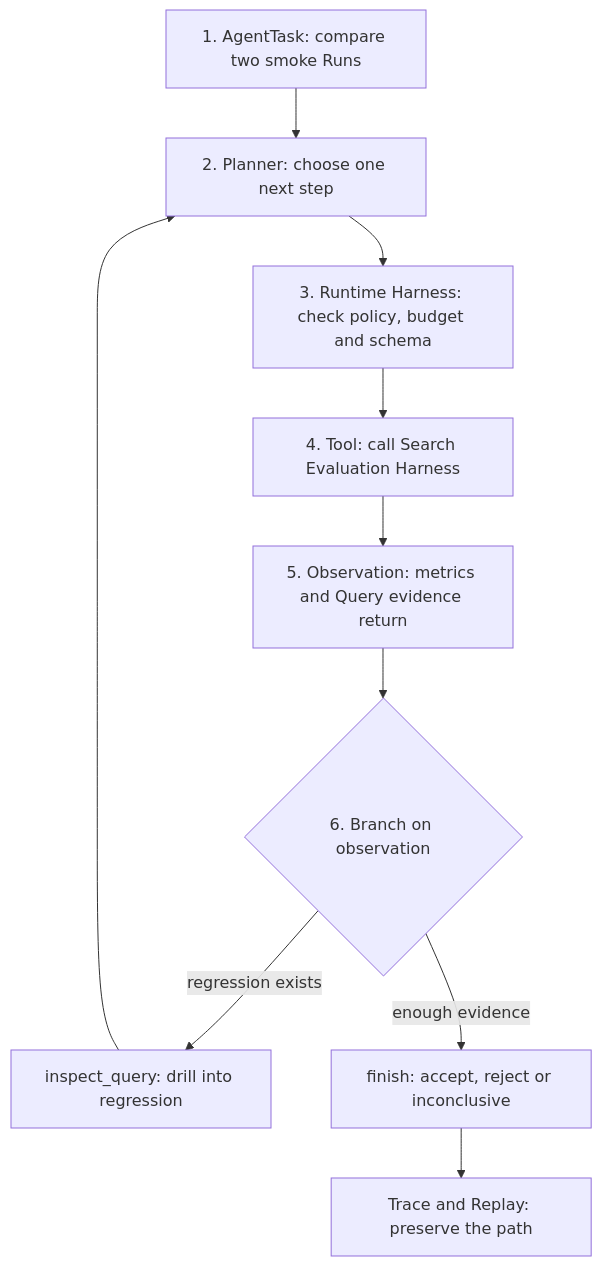
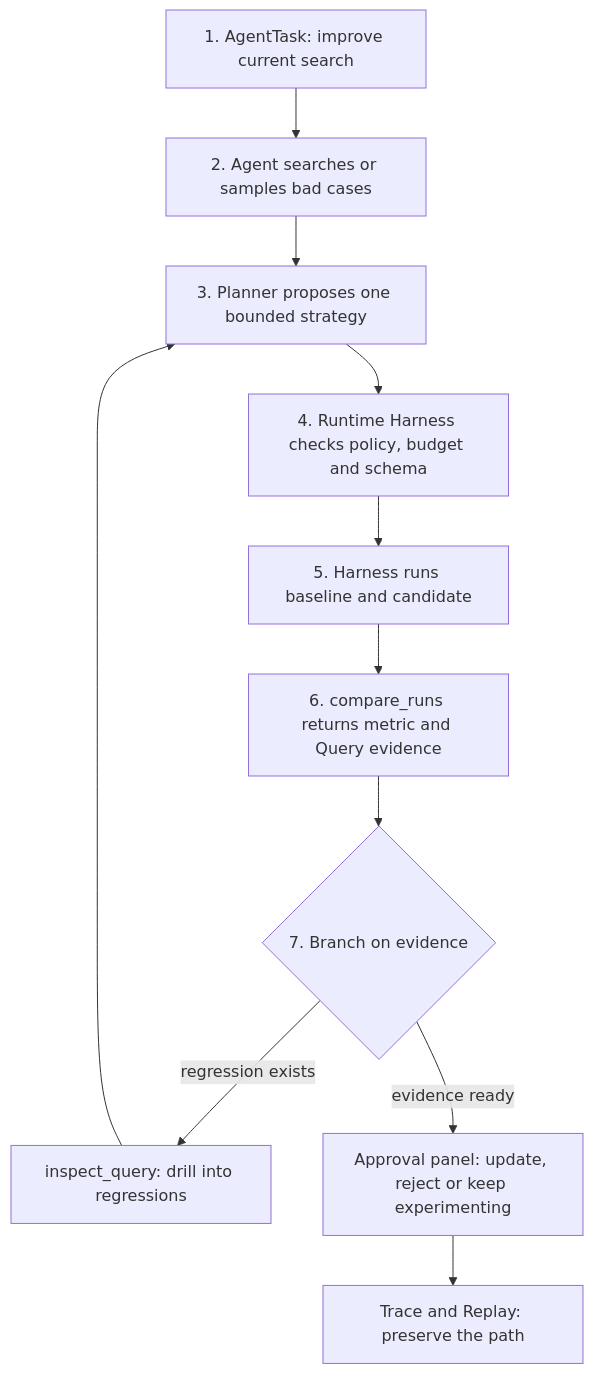
Before and after one commit to Shaw485/search-engine-eva-agent: the diagram in docs/AGENT_FLOW.md, drawn with Mermaid. The commit also changed other lines of this file and 5 other files, not shown here.

Commit message:
Define approval-gated optimization agent workflow

````diff
--- a/docs/AGENT_FLOW.md
+++ b/docs/AGENT_FLOW.md
@@ -16,16 +15,17 @@
 ```mermaid
 flowchart TD
-    A[1. AgentTask: compare two smoke Runs]
-    B[2. Planner: choose one next step]
-    C[3. Runtime Harness: check policy, budget and schema]
-    D[4. Tool: call Search Evaluation Harness]
-    E[5. Observation: metrics and Query evidence return]
-    F{6. Branch on observation}
-    G[inspect_query: drill into regression]
-    H[finish: accept, reject or inconclusive]
-    I[Trace and Replay: preserve the path]
+    A[1. AgentTask: improve current search]
+    B[2. Agent searches or samples bad cases]
+    C[3. Planner proposes one bounded strategy]
+    D[4. Runtime Harness checks policy, budget and schema]
+    E[5. Harness runs baseline and candidate]
+    F[6. compare_runs returns metric and Query evidence]
+    G{7. Branch on evidence}
+    H[inspect_query: drill into regressions]
+    I[Approval panel: update, reject or keep experimenting]
+    J[Trace and Replay: preserve the path]
 
-    A --> B --> C --> D --> E --> F
-    F -->|regression exists| G --> B
-    F -->|enough evidence| H --> I
+    A --> B --> C --> D --> E --> F --> G
+    G -->|regression exists| H --> C
+    G -->|evidence ready| I --> J
 ```
````
